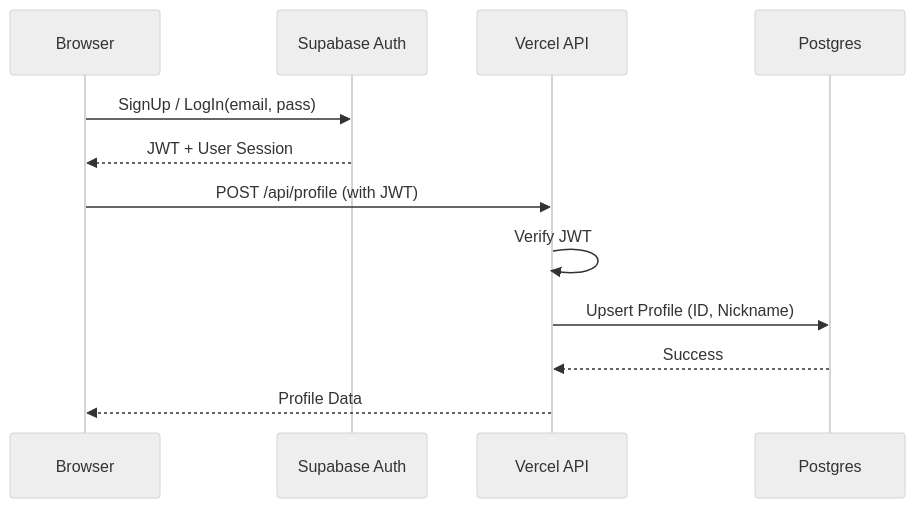
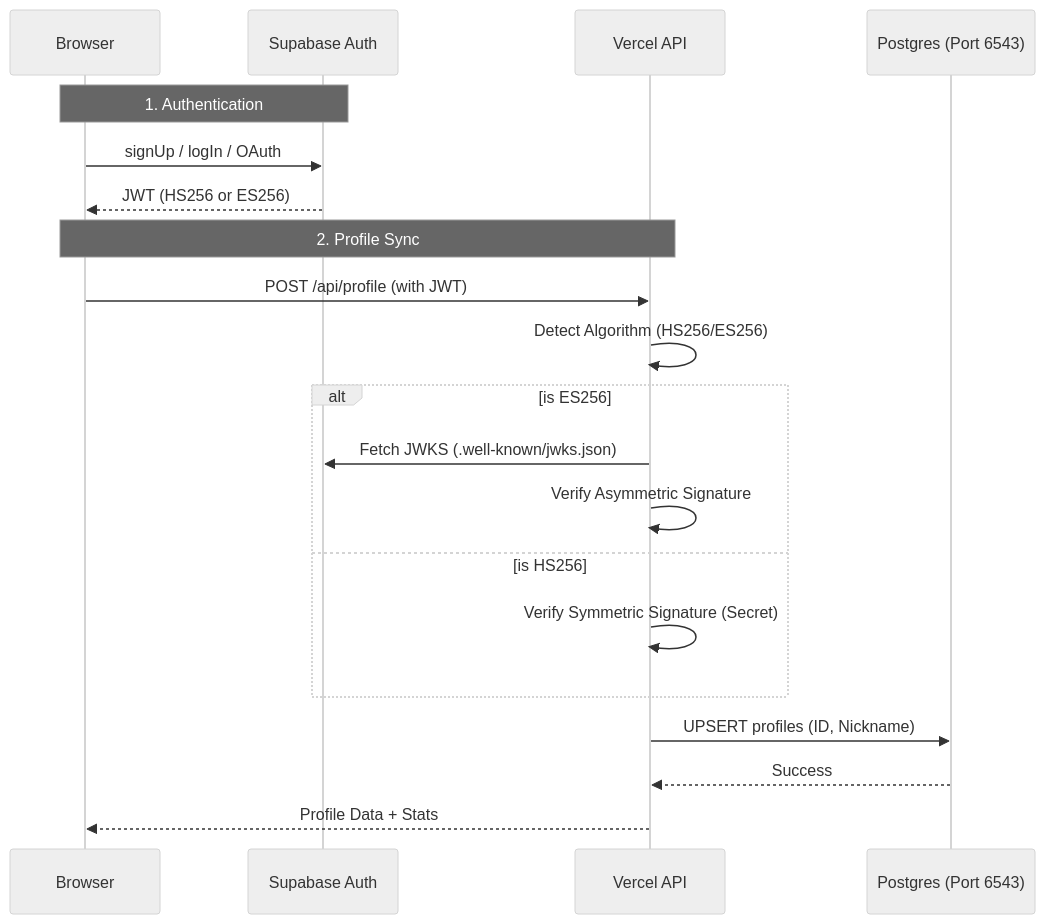
One commit to simon0191/a-los-traques changed the second of 3 diagrams in docs/rfcs/0004-authentication-redesign-vercel.md. Above: the diagram before and after it, drawn with Mermaid (neutral theme). The commit also changed other lines of this file and 13 other files, not shown here.

````diff
--- a/docs/rfcs/0004-authentication-redesign-vercel.md
+++ b/docs/rfcs/0004-authentication-redesign-vercel.md
@@ -35,15 +35,25 @@
 ```mermaid
 sequenceDiagram
     participant B as Browser
     participant S as Supabase Auth
     participant V as Vercel API
-    participant D as Postgres
+    participant D as Postgres (Port 6543)
 
-    B->>S: SignUp / LogIn(email, pass)
-    S-->>B: JWT + User Session
+    Note over B,S: 1. Authentication
+    B->>S: signUp / logIn / OAuth
+    S-->>B: JWT (HS256 or ES256)
+    
+    Note over B,V: 2. Profile Sync
     B->>V: POST /api/profile (with JWT)
-    V->>V: Verify JWT
-    V->>D: Upsert Profile (ID, Nickname)
+    V->>V: Detect Algorithm (HS256/ES256)
+    alt is ES256
+        V->>S: Fetch JWKS (.well-known/jwks.json)
+        V->>V: Verify Asymmetric Signature
+    else is HS256
+        V->>V: Verify Symmetric Signature (Secret)
+    end
+    
+    V->>D: UPSERT profiles (ID, Nickname)
     D-->>V: Success
-    V-->>B: Profile Data
+    V-->>B: Profile Data + Stats
 ```
````
